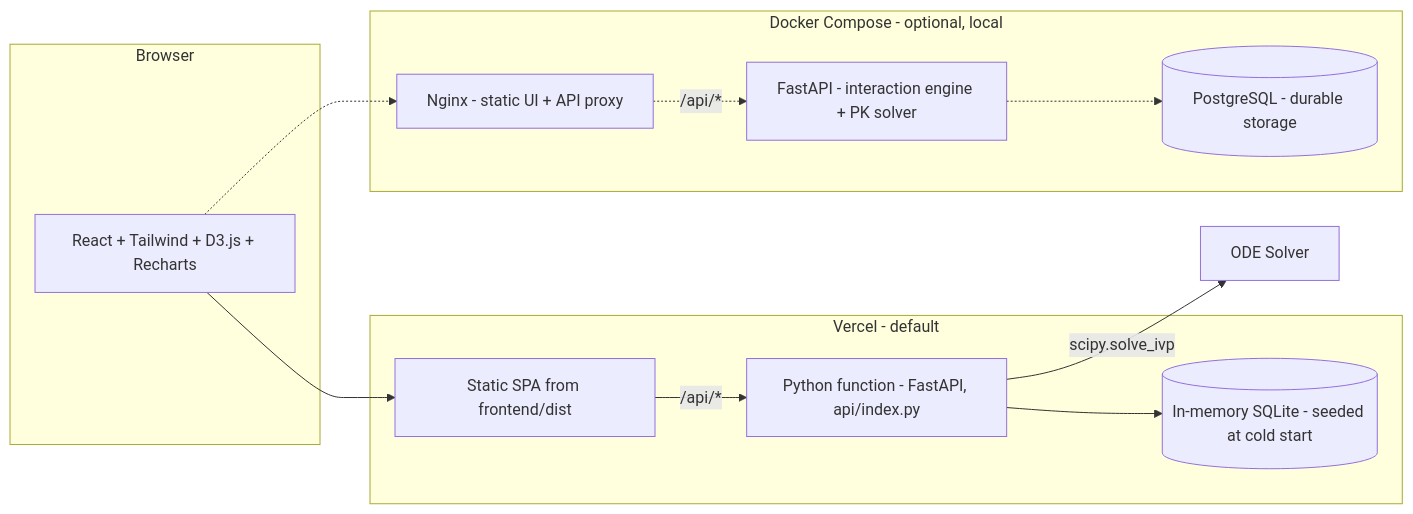
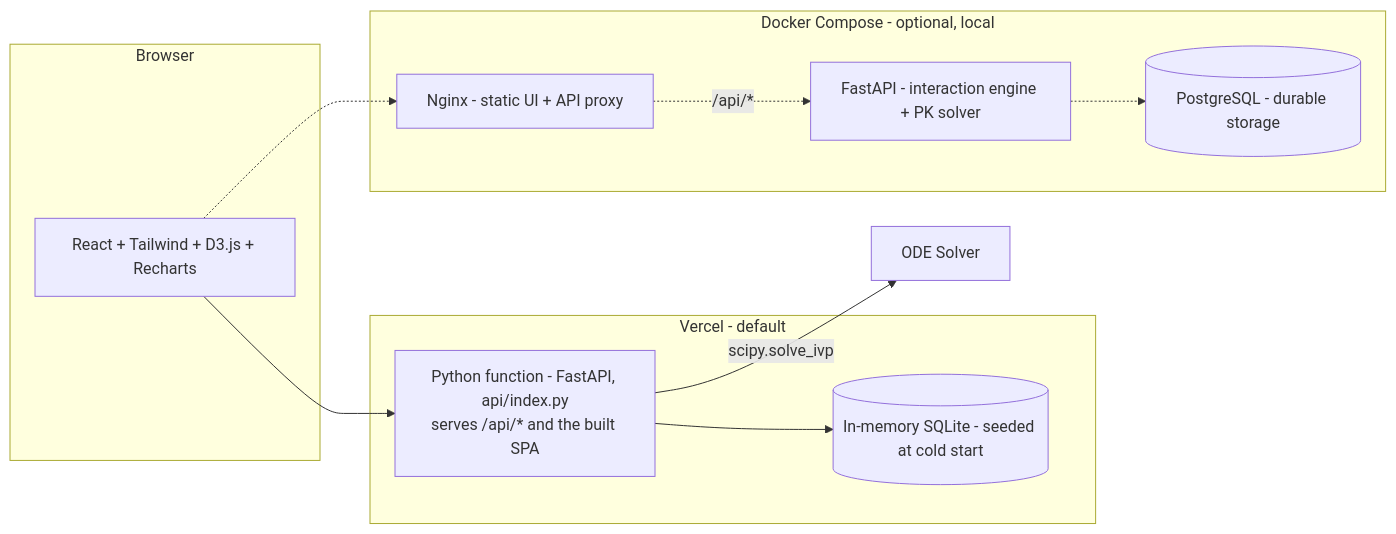
One commit to CuteSurtr/psych_medic_interaction_checker changed the diagram in README.md. Above: the diagram before and after it, drawn with Mermaid. The commit also changed other lines of this file and 2 other files, not shown here.

First line of the commit message:
Serve the SPA from FastAPI; drop the rewrites that 404'd the site root

````diff
--- a/README.md
+++ b/README.md
@@ -440,23 +440,21 @@
 ```mermaid
 flowchart LR
   subgraph client [Browser]
     UI["React + Tailwind + D3.js + Recharts"]
   end
   subgraph vercel [Vercel - default]
-    CDN[Static SPA from frontend/dist]
-    FN["Python function - FastAPI, api/index.py"]
+    FN["Python function - FastAPI, api/index.py<br/>serves /api/* and the built SPA"]
     MEM[(In-memory SQLite - seeded at cold start)]
   end
   subgraph compose [Docker Compose - optional, local]
     NG[Nginx - static UI + API proxy]
     API["FastAPI - interaction engine + PK solver"]
     PG[(PostgreSQL - durable storage)]
   end
-  UI --> CDN
-  CDN -->|/api/*| FN
+  UI --> FN
   FN --> MEM
   FN -->|scipy.solve_ivp| ODE[ODE Solver]
   UI -.-> NG
   NG -.->|/api/*| API
   API -.-> PG
 ```
````
